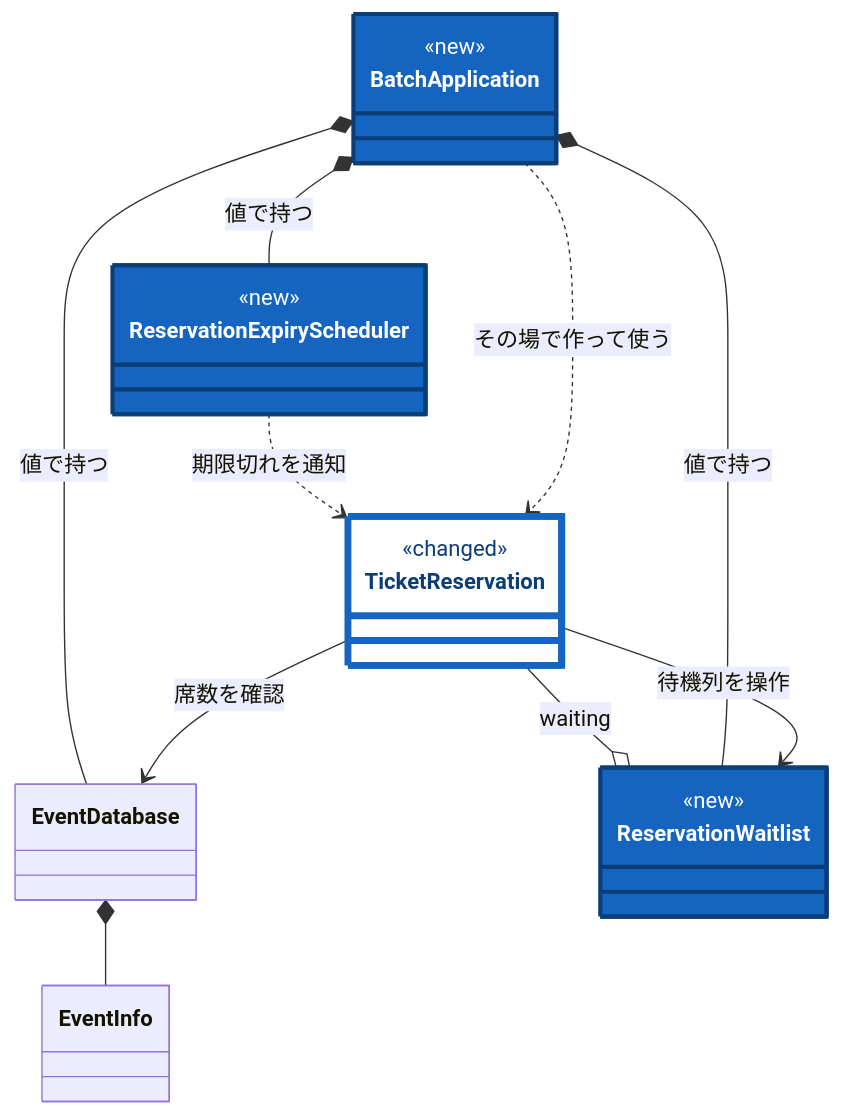
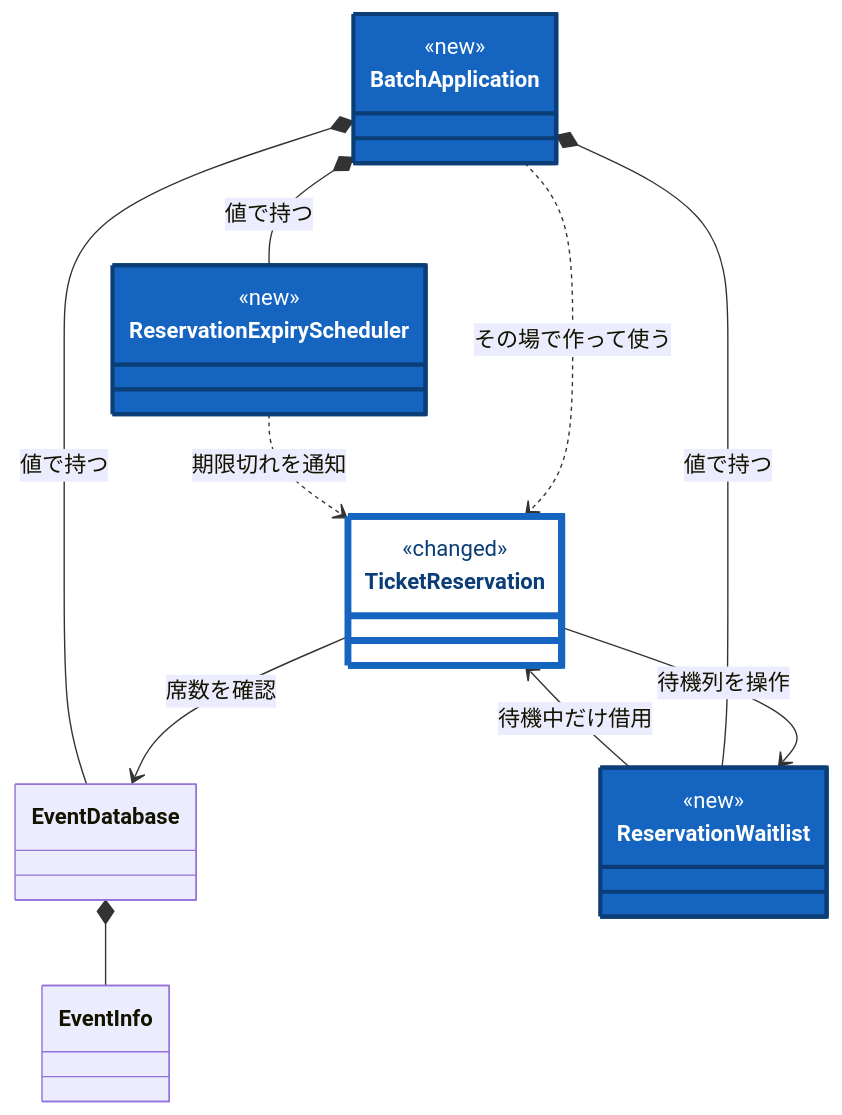
Before and after one commit to kumachan1101-pixel/DesignPattern: diagram 13 of 20 in kindle/design-patterns/books/volume01-core-patterns/output/04-chapter02.md, drawn with Mermaid. The commit also changed other lines of this file and 41 other files, not shown here.

````diff
--- a/kindle/design-patterns/books/volume01-core-patterns/output/04-chapter02.md
+++ b/kindle/design-patterns/books/volume01-core-patterns/output/04-chapter02.md
@@ -2072,30 +2123,30 @@
 ```mermaid
 classDiagram
     direction TB
     class TicketReservation:::touched {
         <<changed>>
     }
     class EventDatabase
     class EventInfo
     class ReservationWaitlist:::added {
         <<new>>
     }
     class ReservationExpiryScheduler:::added {
         <<new>>
     }
     class BatchApplication:::added {
         <<new>>
     }
     TicketReservation --> EventDatabase : 席数を確認
     TicketReservation --> ReservationWaitlist : 待機列を操作
-    ReservationWaitlist o-- TicketReservation : waiting
+    ReservationWaitlist --> TicketReservation : 待機中だけ借用
     EventDatabase *-- EventInfo
     BatchApplication ..> TicketReservation : その場で作って使う
     BatchApplication *-- EventDatabase : 値で持つ
     BatchApplication *-- ReservationWaitlist : 値で持つ
     BatchApplication *-- ReservationExpiryScheduler : 値で持つ
     ReservationExpiryScheduler ..> TicketReservation : 期限切れを通知
 
     classDef added fill:#1565c0,stroke:#0b3d76,stroke-width:3px,color:#ffffff;
     classDef touched fill:#ffffff,stroke:#1565c0,stroke-width:5px,color:#0b3d76;
 ```
````
